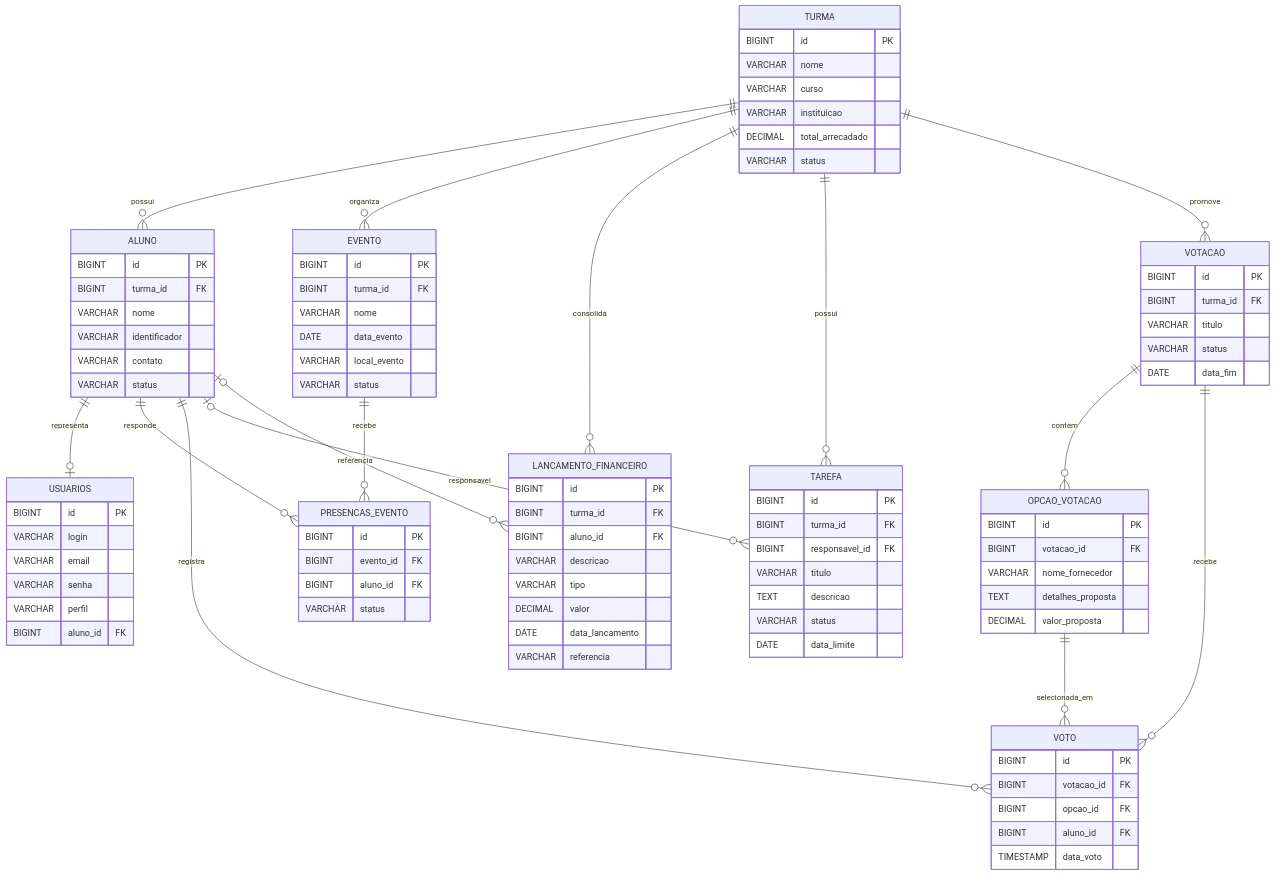
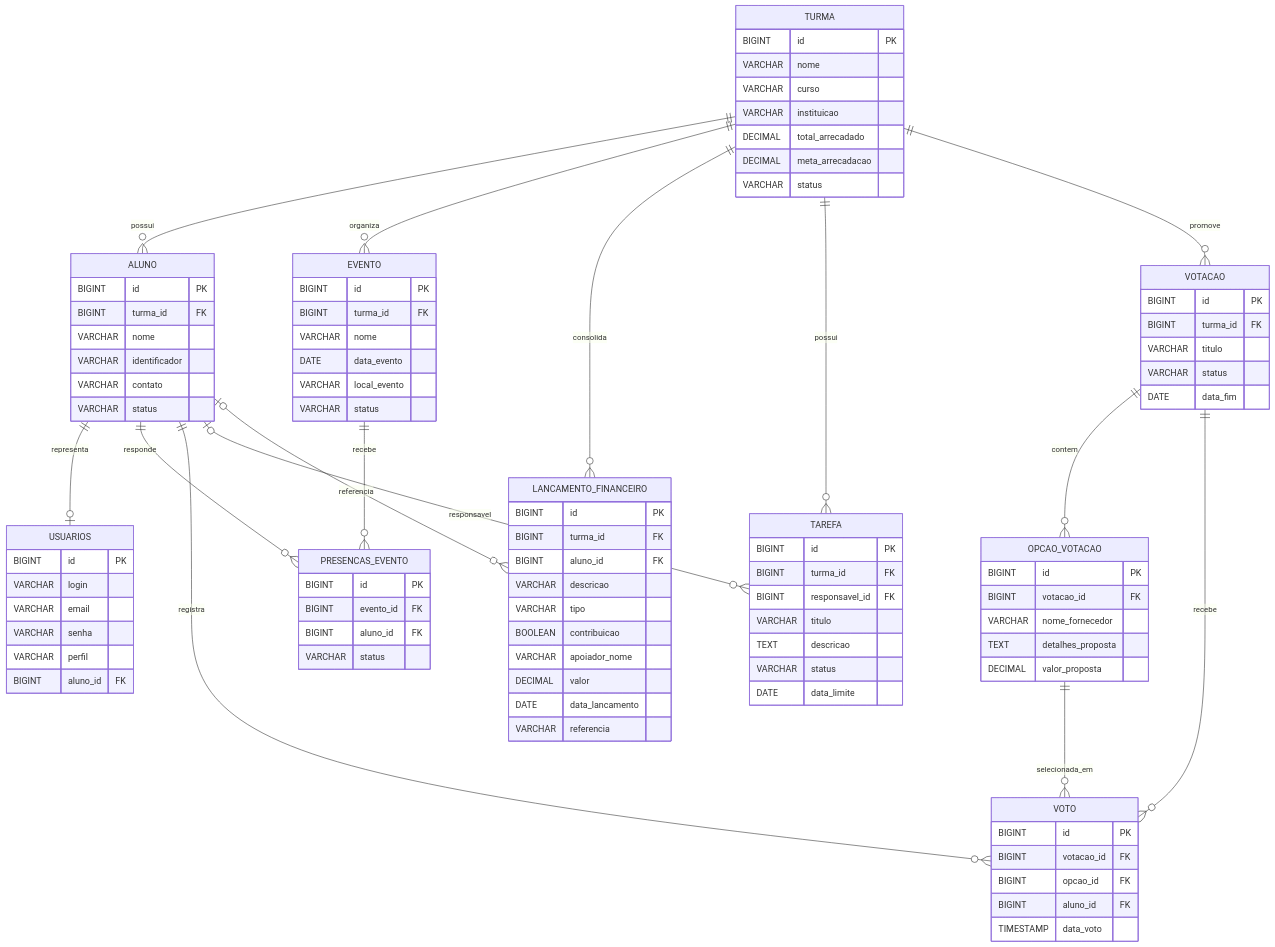
Before and after one commit to SilasTristoni/sistema-gerenciamento-formaturas: the diagram in docs/05-modelo-de-dados.md, drawn with Mermaid. The commit also changed other lines of this file and 20 other files, not shown here.

```diff
--- a/docs/05-modelo-de-dados.md
+++ b/docs/05-modelo-de-dados.md
@@ -43,6 +42,7 @@
         VARCHAR curso
         VARCHAR instituicao
         DECIMAL total_arrecadado
+        DECIMAL meta_arrecadacao
         VARCHAR status
     }
 
@@ -86,6 +86,8 @@
         BIGINT aluno_id FK
         VARCHAR descricao
         VARCHAR tipo
+        BOOLEAN contribuicao
+        VARCHAR apoiador_nome
         DECIMAL valor
         DATE data_lancamento
         VARCHAR referencia
```
